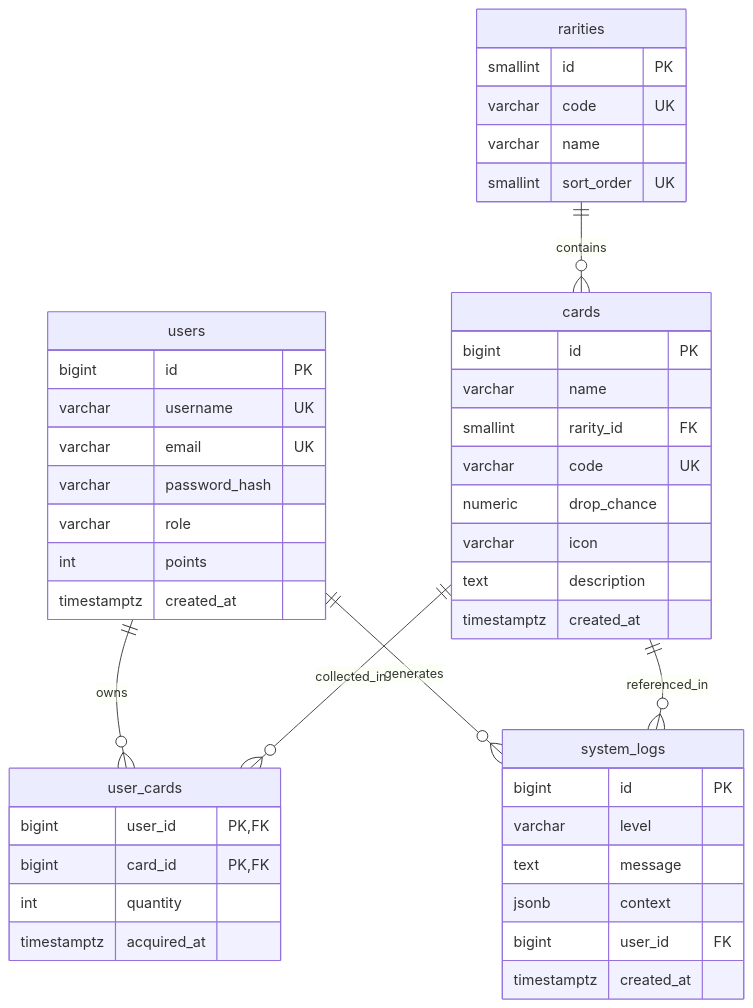
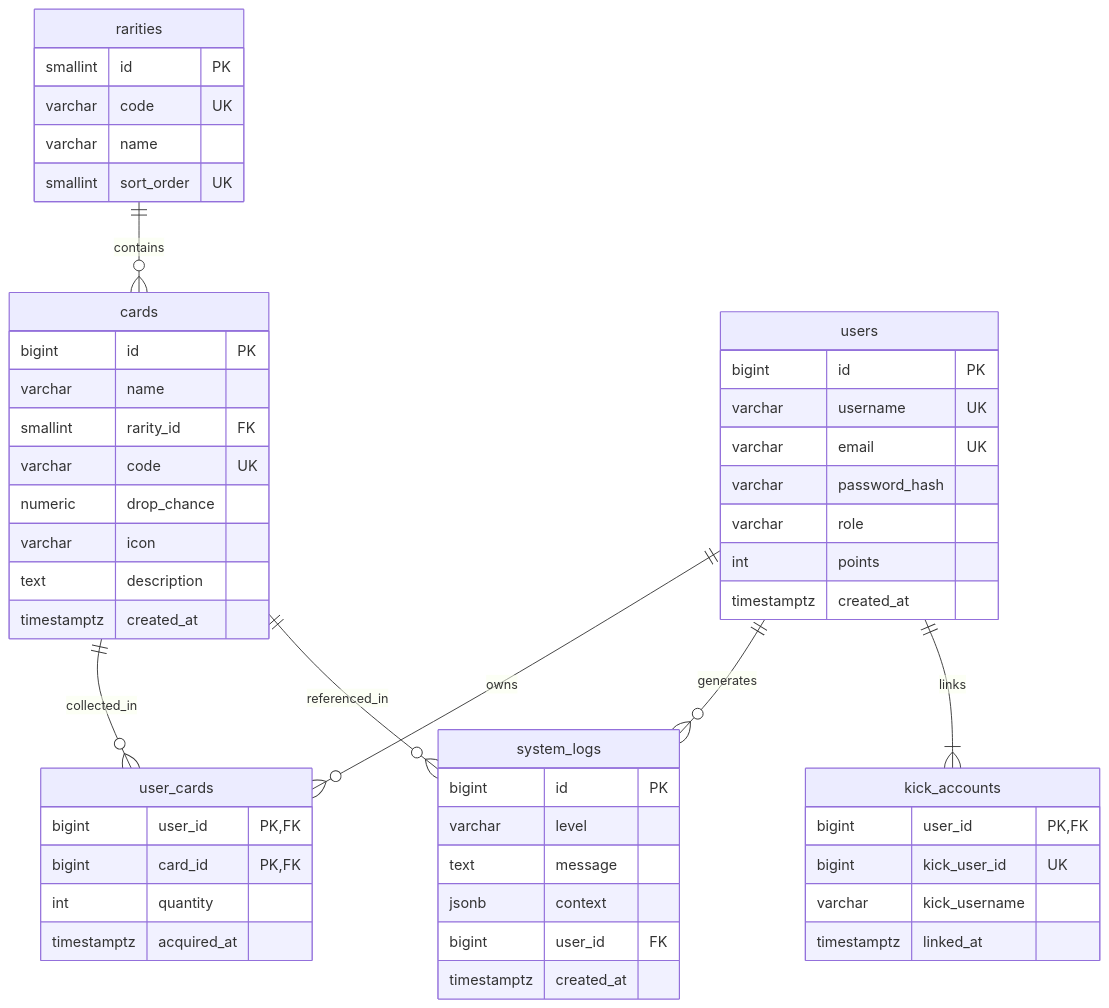
Before and after one commit to Gabkaja/wdpai-project: the diagram in README.md, drawn with Mermaid. The commit also changed other lines of this file, not shown here.

Commit message:
docs: document Kick login

````diff
--- a/README.md
+++ b/README.md
@@ -183,48 +231,55 @@
 ```mermaid
 erDiagram
     rarities ||--o{ cards : contains
     users ||--o{ user_cards : owns
     users ||--o{ system_logs : generates
     cards ||--o{ user_cards : collected_in
     cards ||--o{ system_logs : referenced_in
+    users ||--|{ kick_accounts : links
 
     rarities {
         smallint id PK
         varchar code UK
         varchar name
         smallint sort_order UK
     }
     users {
         bigint id PK
         varchar username UK
         varchar email UK
         varchar password_hash
         varchar role
         int points
         timestamptz created_at
     }
     cards {
         bigint id PK
         varchar name
         smallint rarity_id FK
         varchar code UK
         numeric drop_chance
         varchar icon
         text description
         timestamptz created_at
     }
     user_cards {
         bigint user_id PK,FK
         bigint card_id PK,FK
         int quantity
         timestamptz acquired_at
     }
     system_logs {
         bigint id PK
         varchar level
         text message
         jsonb context
         bigint user_id FK
         timestamptz created_at
     }
+    kick_accounts {
+        bigint user_id PK,FK
+        bigint kick_user_id UK
+        varchar kick_username
+        timestamptz linked_at
+    }
 ```
````
